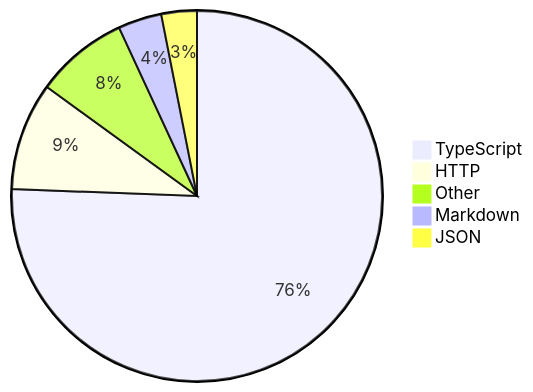
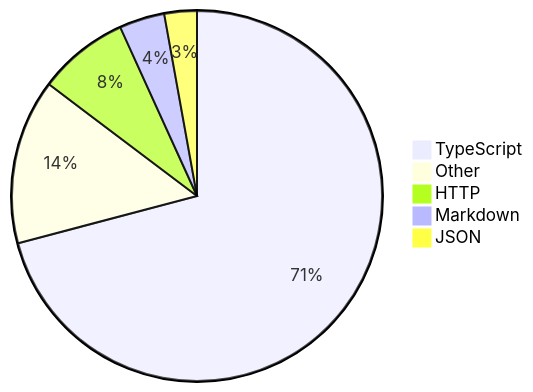
The diagram in README.md (skvggor/skvggor), drawn with Mermaid before and after one commit.

Commit message:
Updated waka-readme graph with new metrics

````diff
--- a/README.md
+++ b/README.md
@@ -16,8 +16,8 @@
 ```mermaid
 pie
-    "TypeScript" : 75.6
-    "HTTP" : 9.4
-    "Other" : 8.1
-    "Markdown" : 3.8
-    "JSON" : 3.1
+    "TypeScript" : 69.9
+    "Other" : 14.2
+    "HTTP" : 7.8
+    "Markdown" : 3.9
+    "JSON" : 2.8
 ```
````
